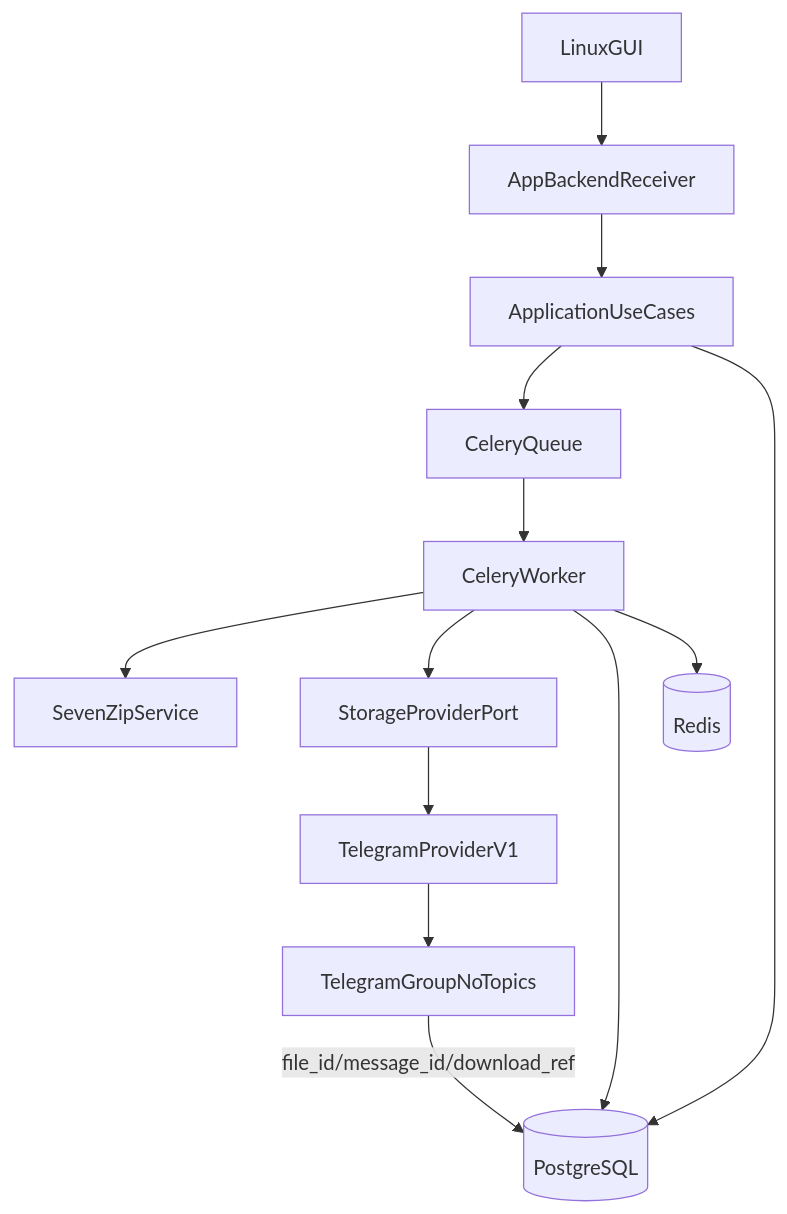
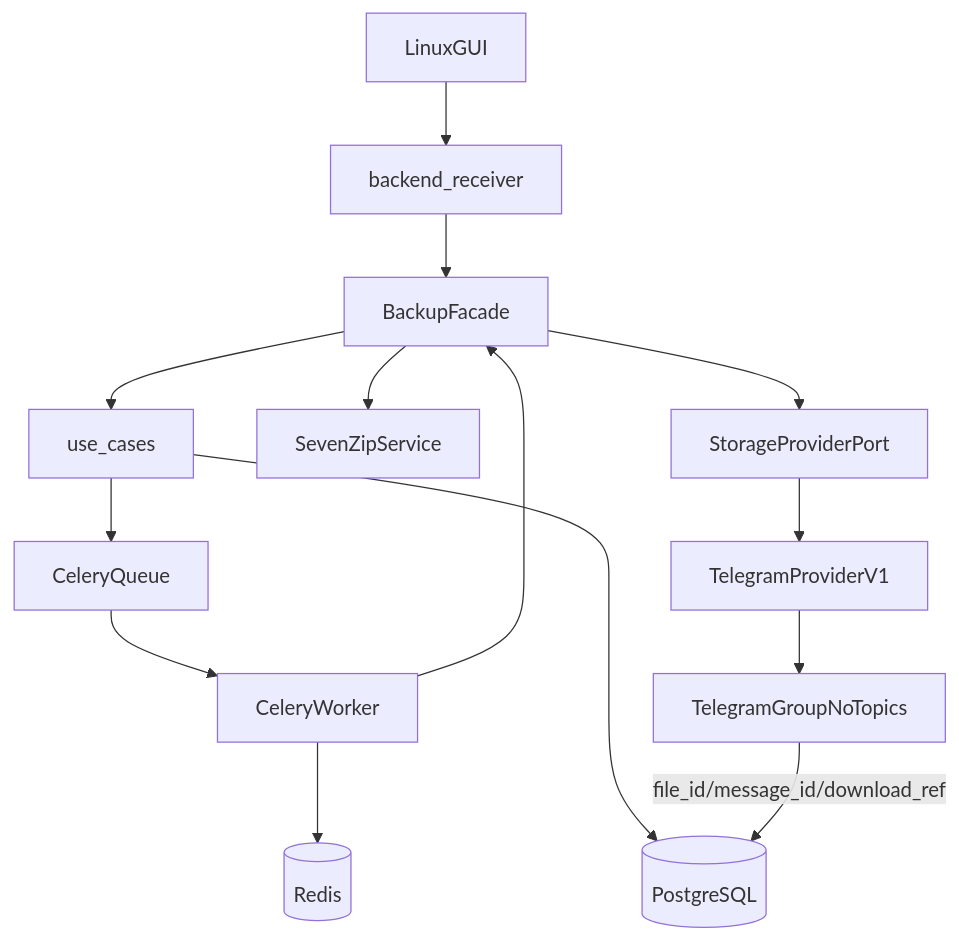
The diagram in IMPLEMENTATION_GUIDE.md (RomFuture/telegram-uploader), drawn with Mermaid before and after one commit. The commit also changed other lines of this file and 142 other files, not shown here.

````diff
--- a/IMPLEMENTATION_GUIDE.md
+++ b/IMPLEMENTATION_GUIDE.md
@@ -52,15 +88,16 @@
 ```mermaid
 flowchart TB
-  ui[LinuxGUI] --> backend[AppBackendReceiver]
-  backend --> app[ApplicationUseCases]
-  app --> queue[CeleryQueue]
-  app --> db[(PostgreSQL)]
+  ui[LinuxGUI] --> receiver[backend_receiver]
+  receiver --> facade[BackupFacade]
+  facade --> uc[use_cases]
+  uc --> queue[CeleryQueue]
+  uc --> db[(PostgreSQL)]
   queue --> worker[CeleryWorker]
-  worker --> archive[SevenZipService]
-  worker --> providerPort[StorageProviderPort]
-  worker --> db
+  worker --> facade
+  facade --> archive[SevenZipService]
+  facade --> providerPort[StorageProviderPort]
   providerPort --> tg[TelegramProviderV1]
   tg --> messenger[TelegramGroupNoTopics]
   messenger -->|"file_id/message_id/download_ref"| db
   worker --> redis[(Redis)]
 ```
````
